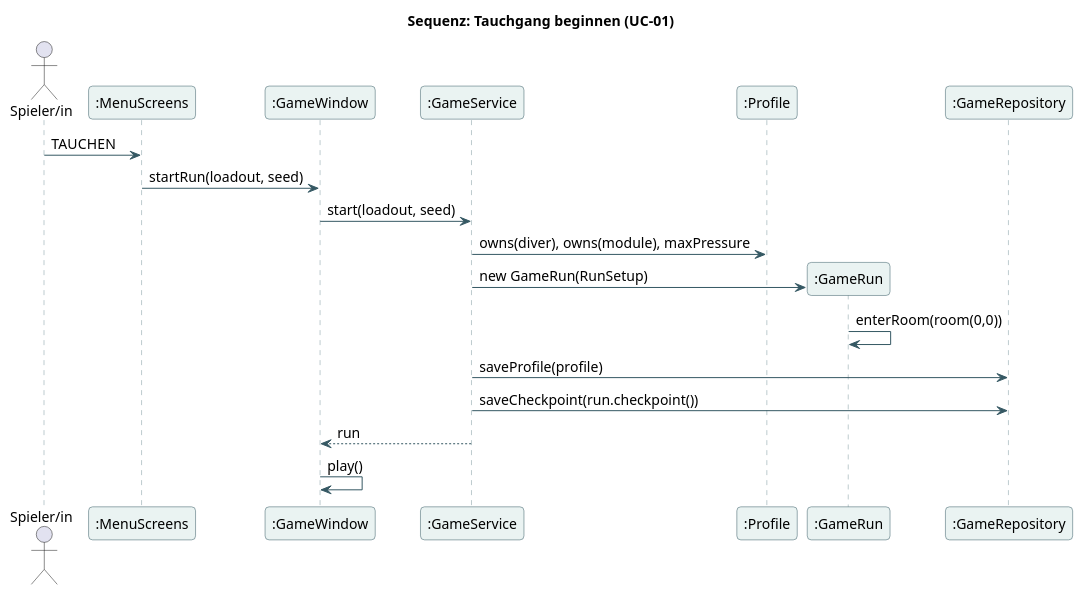
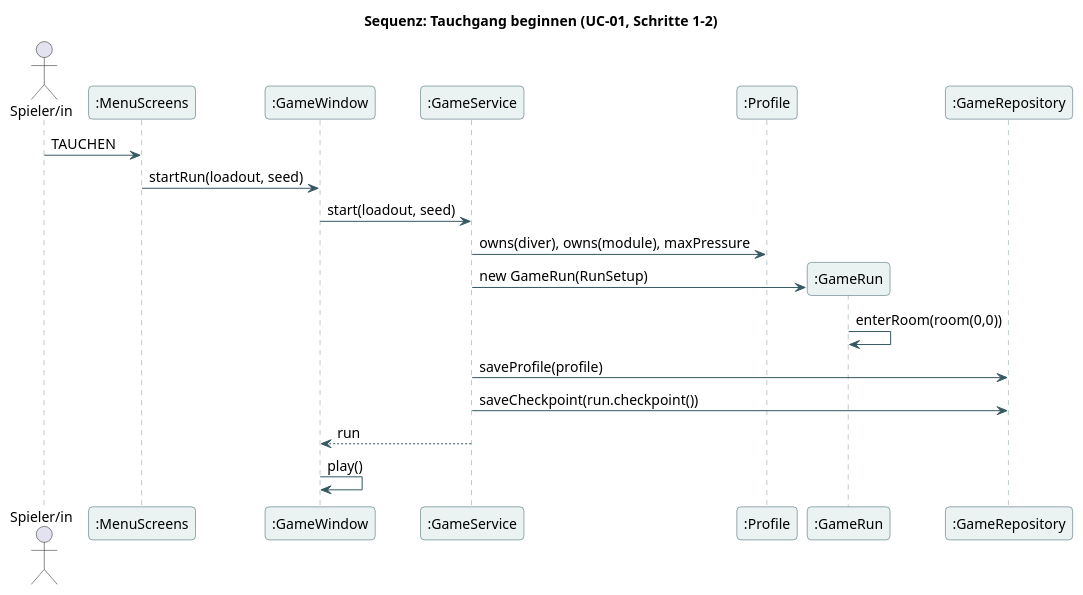
Before and after one commit to bassdav2/abyss: the diagram in docs/diagrams/06-start-sequence.puml, drawn with PlantUML. The commit also changed 168 other files, not shown here.

```diff
--- a/docs/diagrams/06-start-sequence.puml
+++ b/docs/diagrams/06-start-sequence.puml
@@ -1,39 +1,39 @@
 @startuml
 skinparam backgroundColor #FFFFFF
 skinparam defaultFontName Arial
 skinparam defaultFontSize 14
 skinparam shadowing false
 skinparam roundcorner 8
 skinparam ArrowColor #355863
 skinparam classBackgroundColor #EAF3F2
 skinparam classBorderColor #355863
 skinparam participantBackgroundColor #EAF3F2
 skinparam participantBorderColor #355863
 skinparam sequenceLifeLineBorderColor #7A979C
 skinparam noteBackgroundColor #FFF2DA
 skinparam noteBorderColor #D8AA64
 skinparam packageBackgroundColor #F5F8F7
 skinparam packageBorderColor #6E8B91
 skinparam stateBackgroundColor #EAF3F2
 skinparam stateBorderColor #355863
 hide empty members
-title Sequenz: Tauchgang beginnen (UC-01)
+title Sequenz: Tauchgang beginnen (UC-01, Schritte 1–2)
 actor "Spieler/in" as P
 participant ":MenuScreens" as M
 participant ":GameWindow" as W
 participant ":GameService" as S
 participant ":Profile" as Pr
 participant ":GameRun" as R
 participant ":GameRepository" as Repo
 P -> M : TAUCHEN
 M -> W : startRun(loadout, seed)
 W -> S : start(loadout, seed)
 S -> Pr : owns(diver), owns(module), maxPressure
 S -> R ** : new GameRun(RunSetup)
 R -> R : enterRoom(room(0,0))
 S -> Repo : saveProfile(profile)
 S -> Repo : saveCheckpoint(run.checkpoint())
 S --> W : run
 W -> W : play()
 
 @enduml
```
